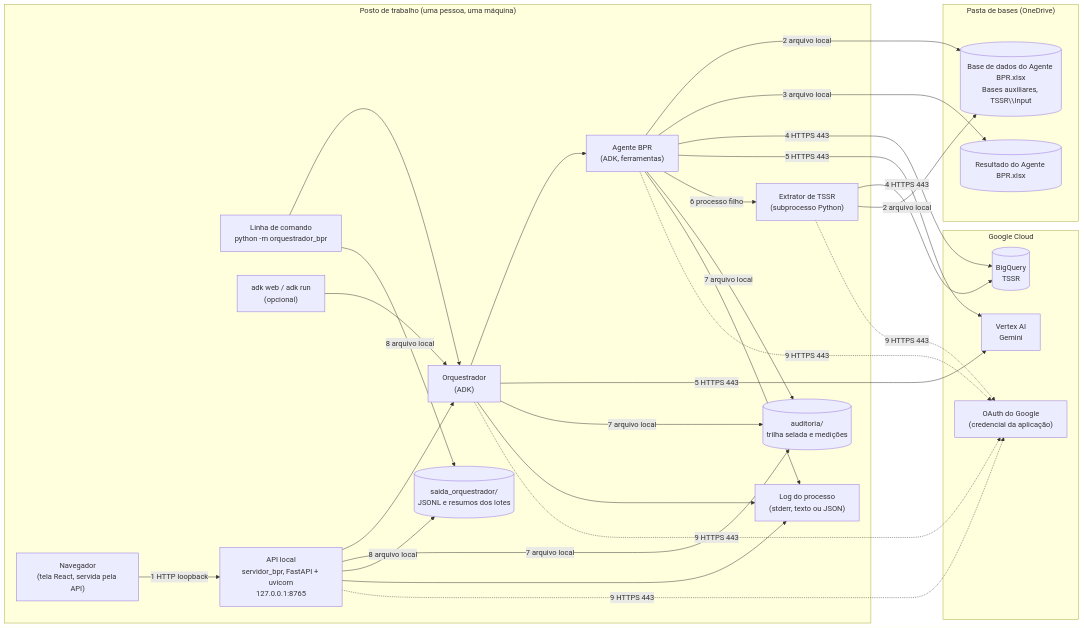
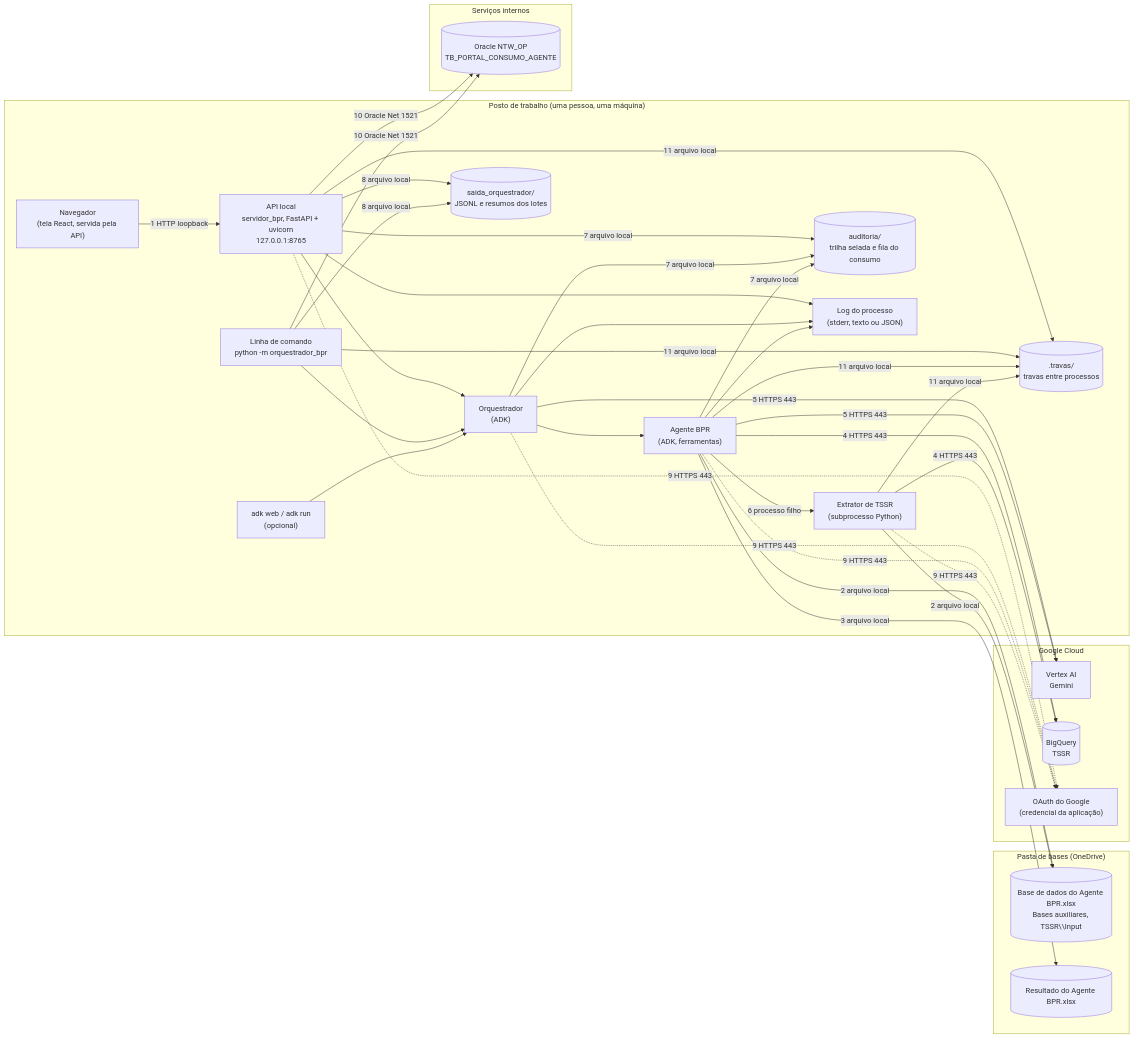
One commit to Arcane6/BPR-AGENT changed the diagram in docs/TOPOLOGIA.md. Above: the diagram before and after it, drawn with Mermaid. The commit also changed other lines of this file and 35 other files, not shown here.

````diff
--- a/docs/TOPOLOGIA.md
+++ b/docs/TOPOLOGIA.md
@@ -15,44 +15,51 @@
 ```mermaid
 flowchart LR
     subgraph POSTO["Posto de trabalho (uma pessoa, uma máquina)"]
         U["Navegador<br/>(tela React, servida pela API)"]
         CLI["Linha de comando<br/>python -m orquestrador_bpr"]
         ADKW["adk web / adk run<br/>(opcional)"]
         A["API local<br/>servidor_bpr, FastAPI + uvicorn<br/>127.0.0.1:8765"]
         O["Orquestrador<br/>(ADK)"]
         B["Agente BPR<br/>(ADK, ferramentas)"]
         X["Extrator de TSSR<br/>(subprocesso Python)"]
-        AUD[("auditoria/<br/>trilha selada e medições")]
+        AUD[("auditoria/<br/>trilha selada e fila do consumo")]
+        TRV[(".travas/<br/>travas entre processos")]
         SAI[("saida_orquestrador/<br/>JSONL e resumos dos lotes")]
         LOG["Log do processo<br/>(stderr, texto ou JSON)"]
     end
 
     subgraph PASTA["Pasta de bases (OneDrive)"]
         BASE[("Base de dados do Agente BPR.xlsx<br/>Bases auxiliares, TSSR\\Input")]
         RES[("Resultado do Agente BPR.xlsx")]
+    end
+
+    subgraph INT["Serviços internos"]
+        ORA[("Oracle NTW_OP<br/>TB_PORTAL_CONSUMO_AGENTE")]
     end
 
     subgraph GCP["Google Cloud"]
         V["Vertex AI<br/>Gemini"]
         BQ[("BigQuery<br/>TSSR")]
         OA["OAuth do Google<br/>(credencial da aplicação)"]
     end
 
     U -- "1 HTTP loopback" --> A
     A --> O
     CLI --> O
     ADKW --> O
     O --> B
     B -- "2 arquivo local" --> BASE
     B -- "3 arquivo local" --> RES
     B -- "4 HTTPS 443" --> BQ
     O -- "5 HTTPS 443" --> V
     B -- "5 HTTPS 443" --> V
     B -- "6 processo filho" --> X
     X -- "4 HTTPS 443" --> BQ
     X -- "2 arquivo local" --> BASE
     A & O & B -- "7 arquivo local" --> AUD
     A & CLI -- "8 arquivo local" --> SAI
     A & O & B --> LOG
     A & O & B & X -. "9 HTTPS 443" .-> OA
+    A & CLI -- "10 Oracle Net 1521" --> ORA
+    A & CLI & B & X -- "11 arquivo local" --> TRV
 ```
````
